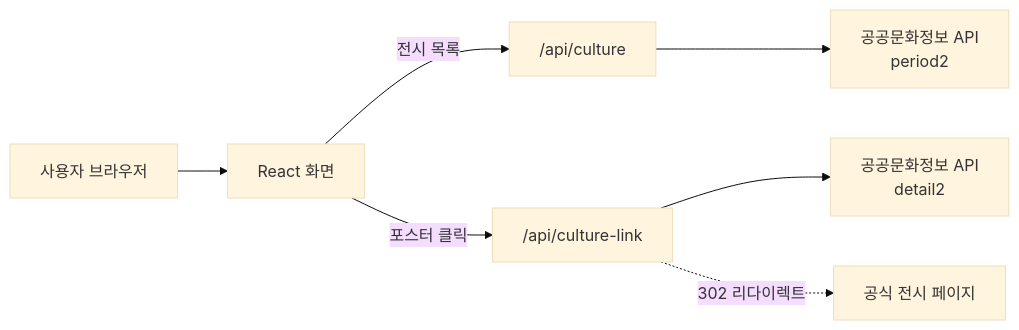
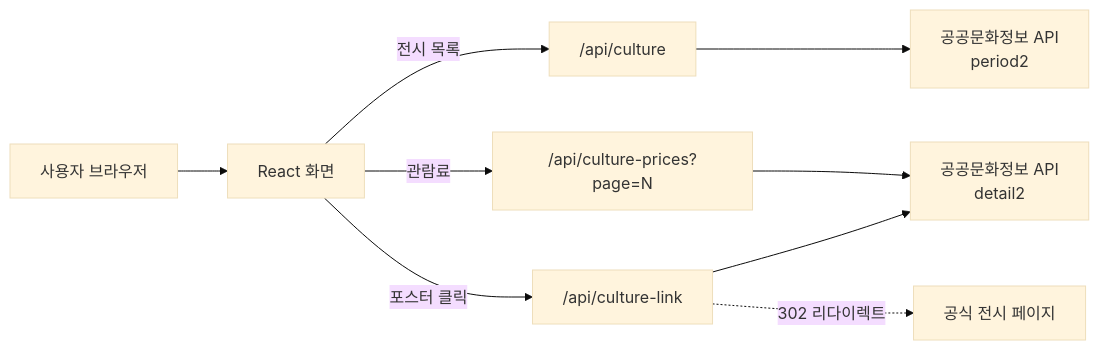
One commit to yeonland/jeonsi-gallae changed the diagram in README.md. Above: the diagram before and after it, drawn with Mermaid (base theme). The commit also changed other lines of this file, not shown here.

Commit message:
docs: README에 무료·관람일 필터와 관람료 수집 과정 추가

````diff
--- a/README.md
+++ b/README.md
@@ -32,9 +33,11 @@
 ```mermaid
 flowchart LR
     A[사용자 브라우저] --> B[React 화면]
     B -- 전시 목록 --> C["/api/culture"]
     B -- 포스터 클릭 --> E["/api/culture-link"]
+    B -- 관람료 --> H["/api/culture-prices?page=N"]
+    H --> F
     C --> D[공공문화정보 API<br/>period2]
     E --> F[공공문화정보 API<br/>detail2]
     E -. 302 리다이렉트 .-> G[공식 전시 페이지]
 ```
````
